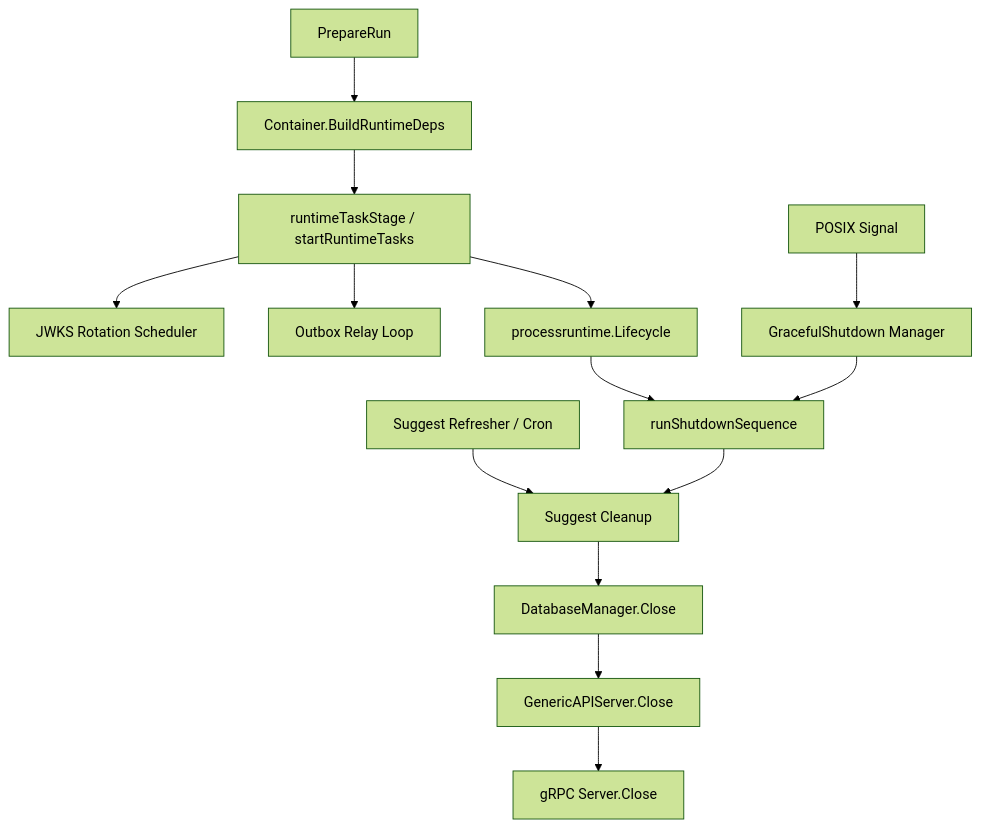
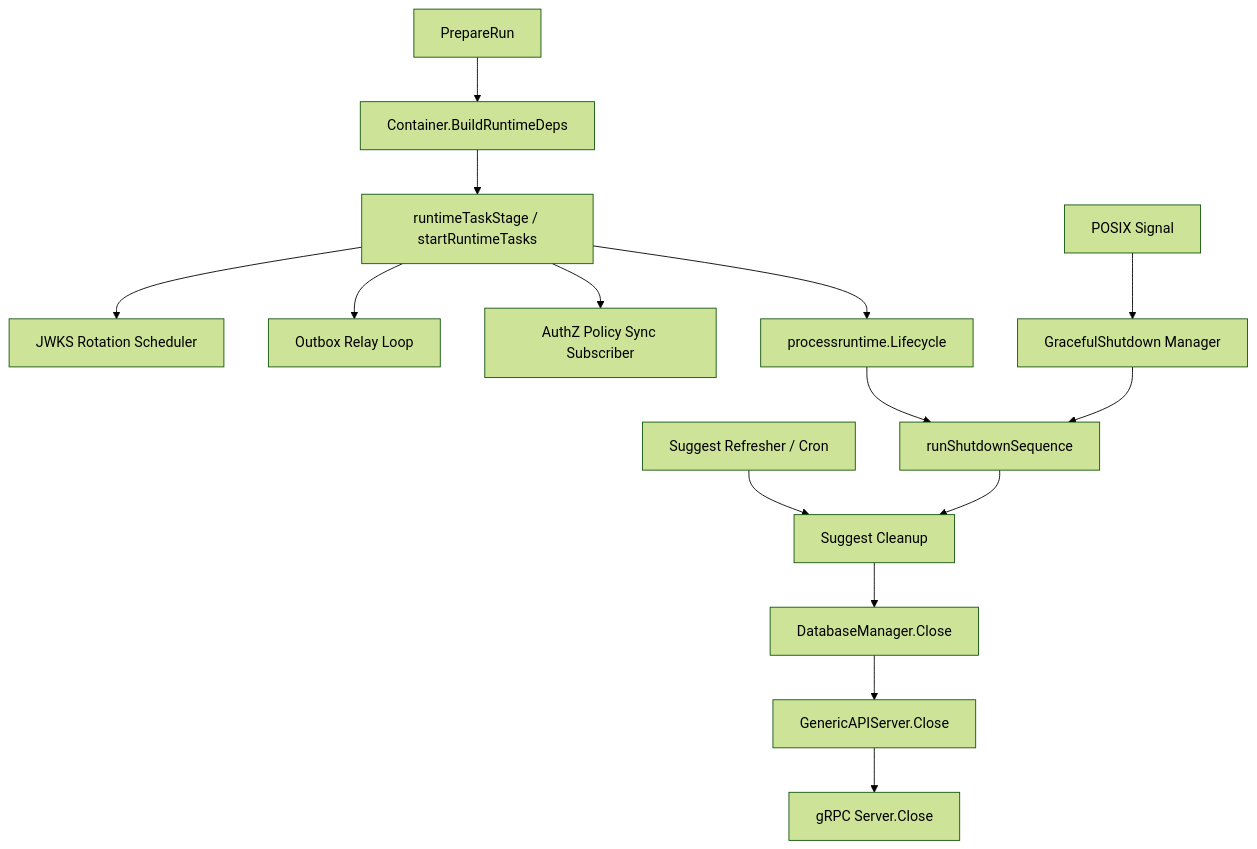
Before and after one commit to FangcunMount/iam: the first of 17 diagrams in docs/01-运行时/04-后台任务与优雅关闭.md, drawn with Mermaid (forest theme). The commit also changed other lines of this file and 5 other files, not shown here.

````diff
--- a/docs/01-运行时/04-后台任务与优雅关闭.md
+++ b/docs/01-运行时/04-后台任务与优雅关闭.md
@@ -70,31 +82,33 @@
 ```mermaid
 flowchart TD
     Prepare["PrepareRun"]
     Container["Container.BuildRuntimeDeps"]
     RuntimeStage["runtimeTaskStage / startRuntimeTasks"]
 
     Scheduler["JWKS Rotation Scheduler"]
     Relay["Outbox Relay Loop"]
+    PolicySync["AuthZ Policy Sync Subscriber"]
     Suggest["Suggest Refresher / Cron"]
 
     Lifecycle["processruntime.Lifecycle"]
     ShutdownManager["GracefulShutdown Manager"]
     Signal["POSIX Signal"]
 
     ShutdownSeq["runShutdownSequence"]
     SuggestCleanup["Suggest Cleanup"]
     DBClose["DatabaseManager.Close"]
     HTTPClose["GenericAPIServer.Close"]
     GRPCClose["gRPC Server.Close"]
 
     Prepare --> Container --> RuntimeStage
     RuntimeStage --> Scheduler
     RuntimeStage --> Relay
+    RuntimeStage --> PolicySync
     RuntimeStage --> Lifecycle
 
     Suggest --> SuggestCleanup
 
     Signal --> ShutdownManager --> ShutdownSeq
     Lifecycle --> ShutdownSeq
     ShutdownSeq --> SuggestCleanup --> DBClose --> HTTPClose --> GRPCClose
 ```
````
